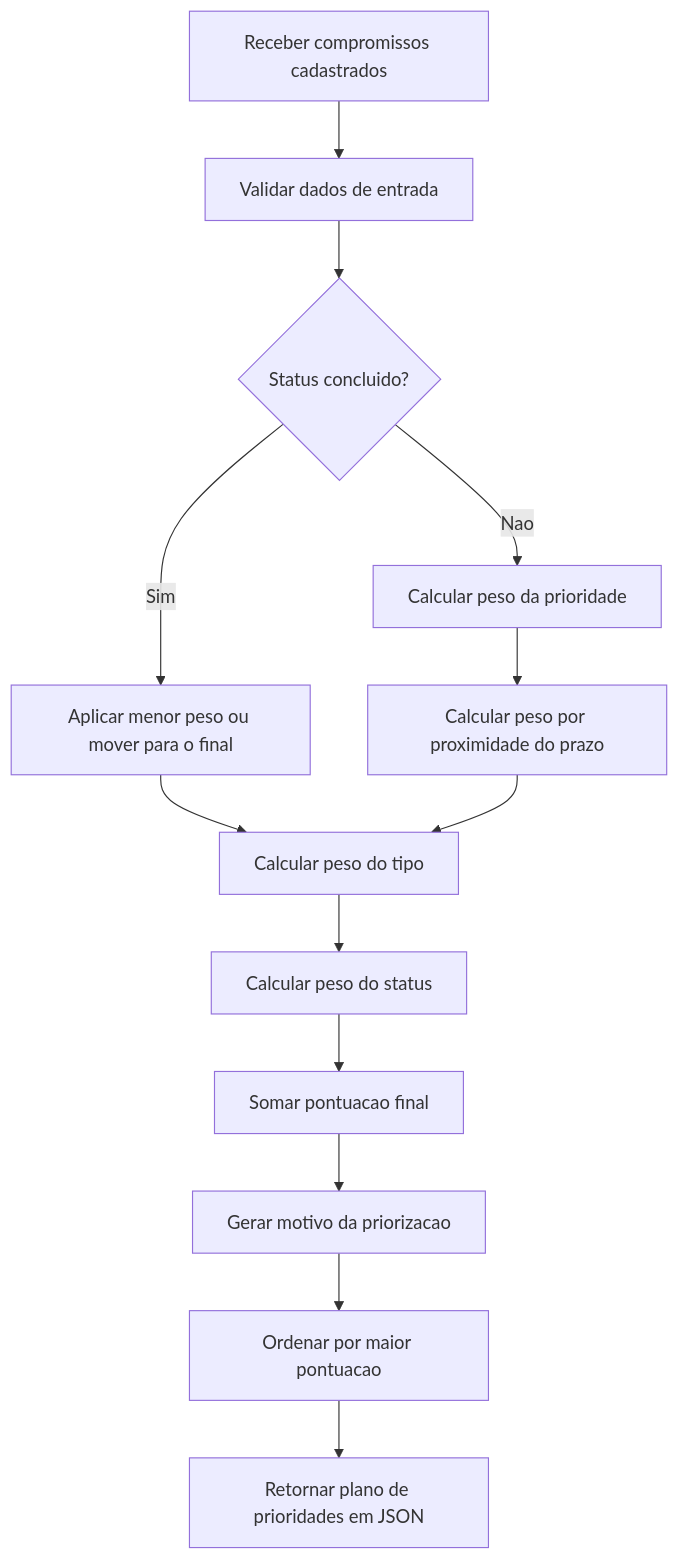
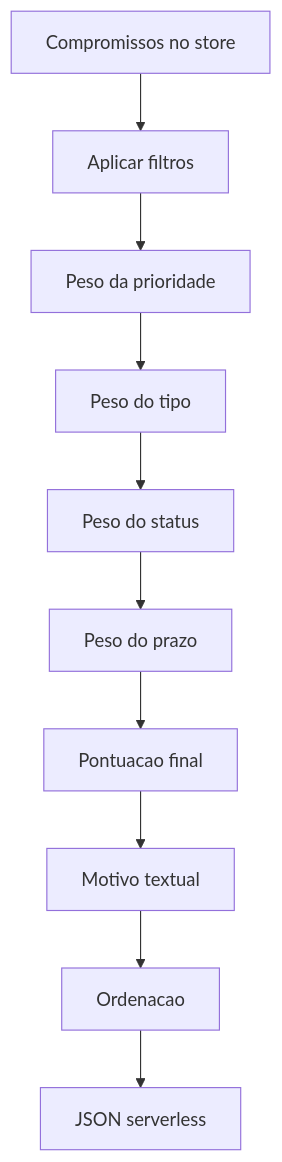
One commit to jrcosta/sctec-ia-para-devs-semana-8 changed the diagram in docs/diagrams/fluxo-priorizacao.mmd. Above: the diagram before and after it, drawn with Mermaid. The commit also changed 86 other files, not shown here.

```diff
--- a/docs/diagrams/fluxo-priorizacao.mmd
+++ b/docs/diagrams/fluxo-priorizacao.mmd
@@ -1,14 +1,10 @@
 flowchart TD
-    Start[Receber compromissos cadastrados] --> Validate[Validar dados de entrada]
-    Validate --> FilterDone{Status concluido?}
-    FilterDone -->|Sim| LowWeight[Aplicar menor peso ou mover para o final]
-    FilterDone -->|Nao| PriorityWeight[Calcular peso da prioridade]
-
-    LowWeight --> TypeWeight[Calcular peso do tipo]
-    PriorityWeight --> DeadlineWeight[Calcular peso por proximidade do prazo]
-    DeadlineWeight --> TypeWeight
-    TypeWeight --> StatusWeight[Calcular peso do status]
-    StatusWeight --> Score[Somar pontuacao final]
-    Score --> Reason[Gerar motivo da priorizacao]
-    Reason --> Sort[Ordenar por maior pontuacao]
-    Sort --> Response[Retornar plano de prioridades em JSON]
+    Input[Compromissos no store] --> Filter[Aplicar filtros]
+    Filter --> Priority[Peso da prioridade]
+    Priority --> Type[Peso do tipo]
+    Type --> Status[Peso do status]
+    Status --> Deadline[Peso do prazo]
+    Deadline --> Score[Pontuacao final]
+    Score --> Reason[Motivo textual]
+    Reason --> Sort[Ordenacao]
+    Sort --> Response[JSON serverless]
```
